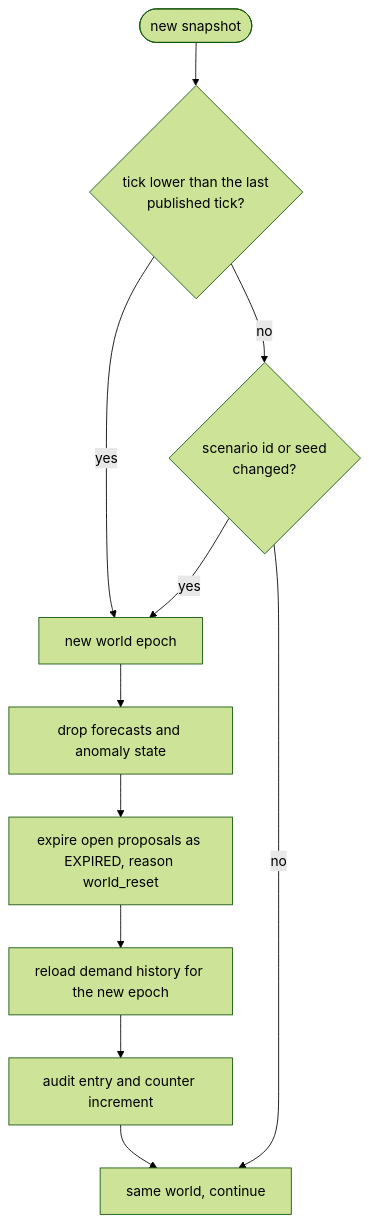
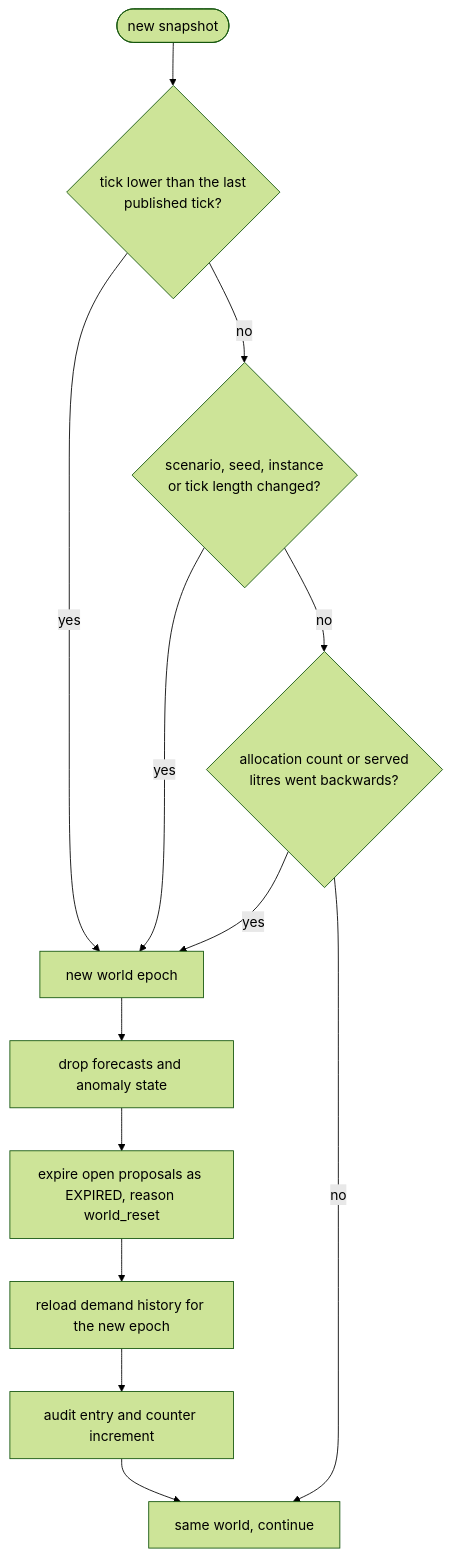
One commit to mmi404/fuelwatch changed the ninth of 9 diagrams in docs/design/04-flows.md. Above: the diagram before and after it, drawn with Mermaid (forest theme). The commit also changed other lines of this file and 14 other files, not shown here.

First line of the commit message:
Add world epochs, reset detection and demand-history sync in SQLite

````diff
--- a/docs/design/04-flows.md
+++ b/docs/design/04-flows.md
@@ -240,13 +240,15 @@
 ```mermaid
 flowchart TB
   n(["new snapshot"]) --> c1{"tick lower than the last<br/>published tick?"}
   c1 -->|"yes"| reset
-  c1 -->|"no"| c2{"scenario id or seed<br/>changed?"}
+  c1 -->|"no"| c2{"scenario, seed, instance<br/>or tick length changed?"}
   c2 -->|"yes"| reset
-  c2 -->|"no"| ok["same world, continue"]
+  c2 -->|"no"| c3{"allocation count or served<br/>litres went backwards?"}
+  c3 -->|"yes"| reset
+  c3 -->|"no"| ok["same world, continue"]
   reset["new world epoch"] --> a1["drop forecasts and anomaly state"]
   a1 --> a2["expire open proposals as EXPIRED, reason world_reset"]
   a2 --> a3["reload demand history for the new epoch"]
   a3 --> a4["audit entry and counter increment"]
   a4 --> ok
 ```
````
